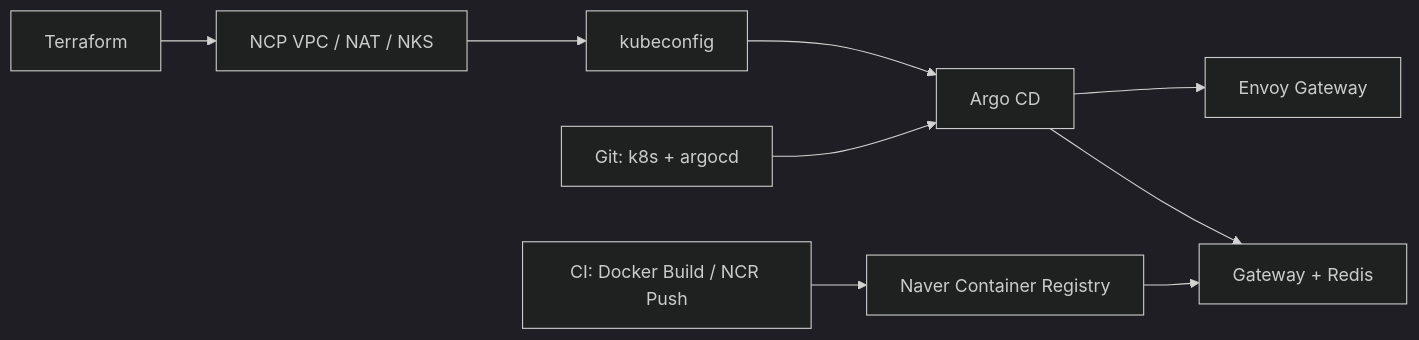
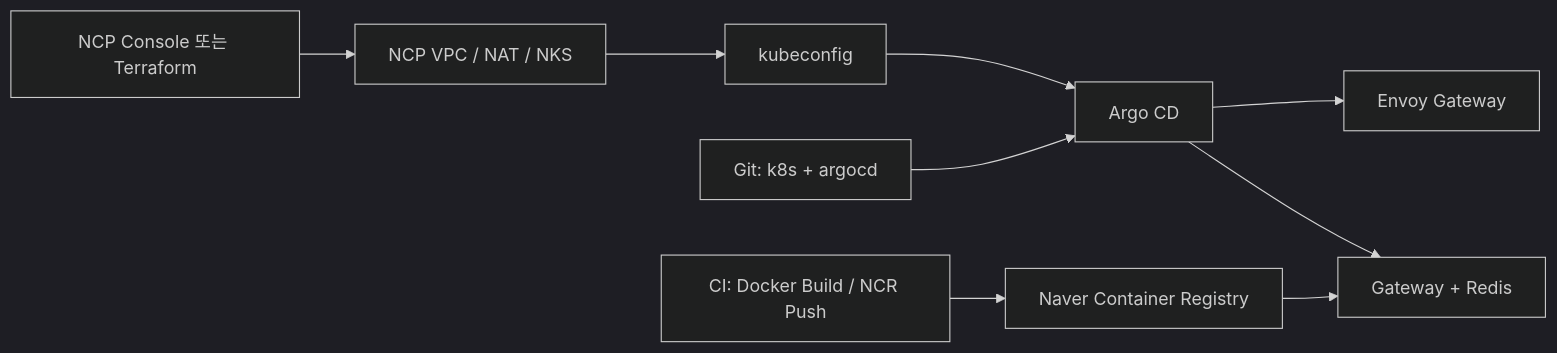
Before and after one commit to socoolheeya/blue-bank-gateway: the second of 2 diagrams in README.md, drawn with Mermaid (dark theme). The commit also changed other lines of this file and 4 other files, not shown here.

````diff
--- a/README.md
+++ b/README.md
@@ -82,11 +82,11 @@
 ```mermaid
 flowchart LR
-    tf[Terraform] --> ncp[NCP VPC / NAT / NKS]
+    infra[NCP Console 또는 Terraform] --> ncp[NCP VPC / NAT / NKS]
     ncp --> kube[kubeconfig]
     kube --> argo[Argo CD]
     repo[Git: k8s + argocd] --> argo
     argo --> envoy[Envoy Gateway]
     argo --> app[Gateway + Redis]
     ci[CI: Docker Build / NCR Push] --> registry[Naver Container Registry]
     registry --> app
 ```
````
